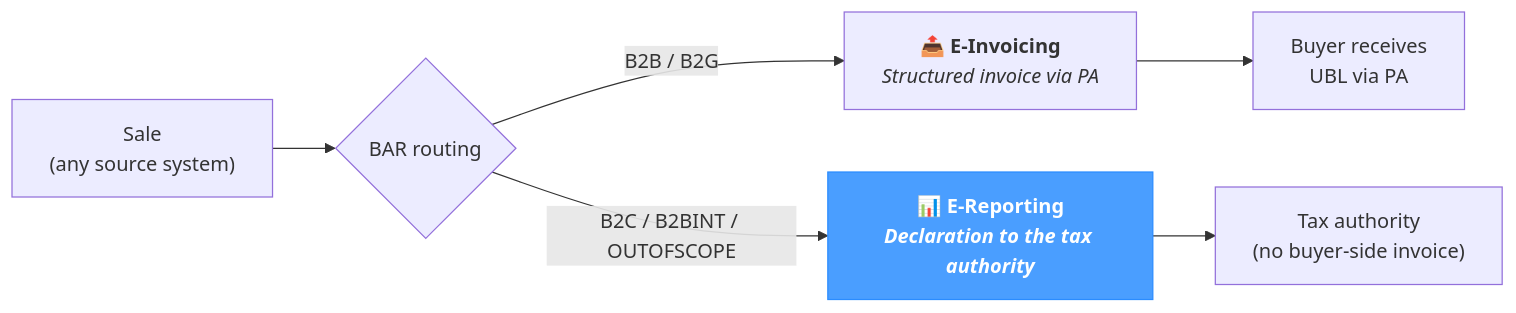
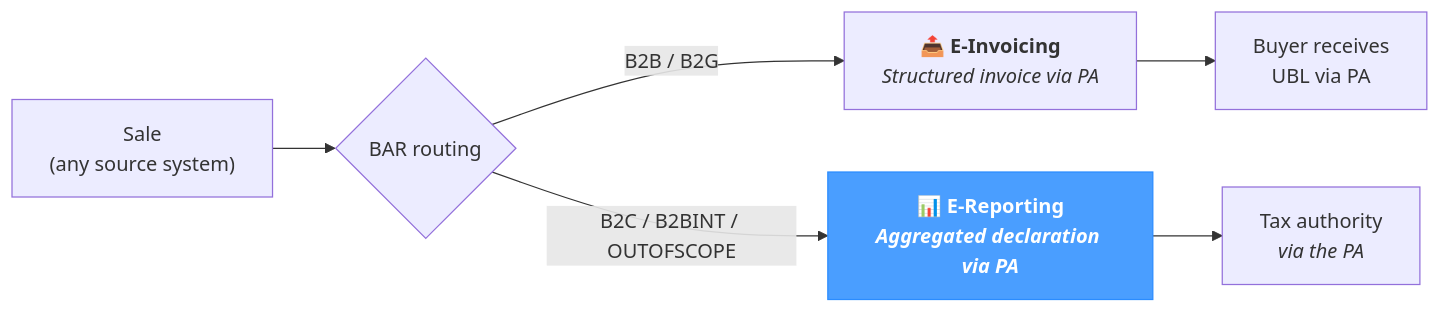
The diagram in docs/nomaubl/application/ereporting.md (fblettner/fblettner.github.io), drawn with Mermaid before and after one commit. The commit also changed other lines of this file and 2 other files, not shown here.

Commit message:
Add documentation for ereporting

````diff
--- a/docs/nomaubl/application/ereporting.md
+++ b/docs/nomaubl/application/ereporting.md
@@ -25,11 +25,11 @@
 ```mermaid
 flowchart LR
     Source["Sale<br/>(any source system)"] --> BAR{"BAR routing"}
     BAR -->|"B2B / B2G"| EInvoicing["📤 <b>E-Invoicing</b><br/><i>Structured invoice via PA</i>"]
-    BAR -->|"B2C / B2BINT / OUTOFSCOPE"| EReporting["📊 <b>E-Reporting</b><br/><i>Declaration to the tax authority</i>"]
+    BAR -->|"B2C / B2BINT / OUTOFSCOPE"| EReporting["📊 <b>E-Reporting</b><br/><i>Aggregated declaration via PA</i>"]
     EInvoicing --> Buyer["Buyer receives<br/>UBL via PA"]
-    EReporting --> Tax["Tax authority<br/>(no buyer-side invoice)"]
+    EReporting --> Tax["Tax authority<br/><i>via the PA</i>"]
 
     classDef hl fill:#4a9eff,stroke:#2b8cff,color:#fff,font-weight:600;
     class EReporting hl
 ```
````
